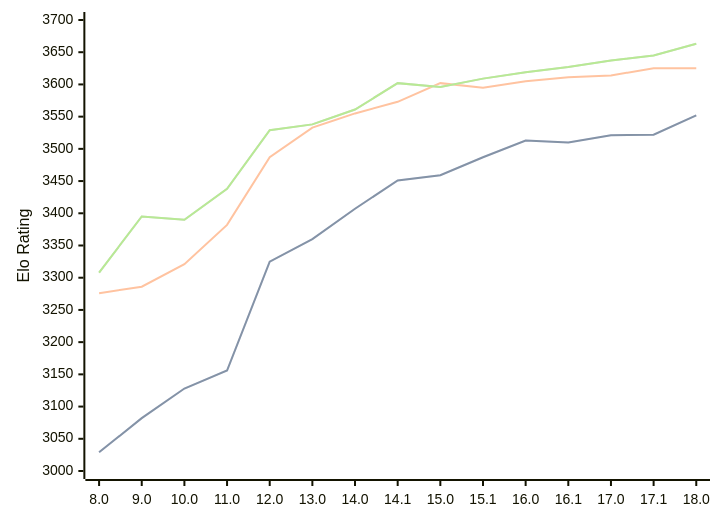
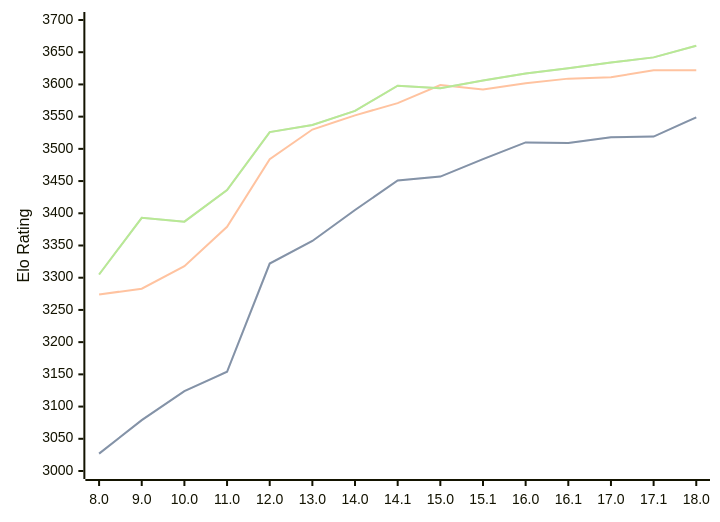
Before and after one commit to computer-chess-index/cci: the diagram in engines/Stockfish.md, drawn with Mermaid. The commit also changed other lines of this file, not shown here.

Commit message:
Update CCI Ratings (ELO VLTC) - 2026-03-10

````diff
--- a/engines/Stockfish.md
+++ b/engines/Stockfish.md
@@ -44,11 +44,11 @@
 ```mermaid
 %%{init: {"theme":"base","themeVariables":{"seriesColors:['#a3a3a3','#222221','#faa371']}}}%%
 xychart-beta
   x-axis ["8.0", "9.0", "10.0", "11.0", "12.0", "13.0", "14.0", "14.1", "15.0", "15.1", "16.0", "16.1", "17.0", "17.1", "18.0"]
   y-axis "Elo Rating" 3000 --> 3700
-  line "STC (8.0+0.08s)" [3029, 3082, 3128, 3156, 3325, 3360, 3407, 3451, 3459, 3487, 3513, 3510, 3521, 3522, 3552]
-  line "STC (8.0+0.08s)" [3029, 3082, 3128, 3156, 3325, 3360, 3407, 3451, 3459, 3487, 3513, 3510, 3521, 3522, 3552]
-  line "LTC (60.0+0.60s)" [3276, 3286, 3321, 3382, 3487, 3533, 3555, 3573, 3602, 3595, 3605, 3611, 3614, 3625, 3625]
-  line "VLTC (2m24s+1.12s)" [3308, 3395, 3390, 3438, 3529, 3538, 3561, 3602, 3596, 3609, 3619, 3627, 3637, 3645, 3663]
-  line "VLTC (2m24s+1.12s)" [3308, 3395, 3390, 3438, 3529, 3538, 3561, 3602, 3596, 3609, 3619, 3627, 3637, 3645, 3663]
+  line "STC (8.0+0.08s)" [3027, 3079, 3124, 3154, 3322, 3357, 3405, 3451, 3457, 3484, 3510, 3509, 3518, 3519, 3549]
+  line "STC (8.0+0.08s)" [3027, 3079, 3124, 3154, 3322, 3357, 3405, 3451, 3457, 3484, 3510, 3509, 3518, 3519, 3549]
+  line "LTC (60.0+0.60s)" [3274, 3283, 3318, 3379, 3484, 3530, 3552, 3571, 3599, 3592, 3602, 3609, 3611, 3622, 3622]
+  line "VLTC (2m24s+1.12s)" [3305, 3393, 3387, 3436, 3526, 3537, 3559, 3598, 3594, 3606, 3617, 3625, 3634, 3642, 3660]
+  line "VLTC (2m24s+1.12s)" [3305, 3393, 3387, 3436, 3526, 3537, 3559, 3598, 3594, 3606, 3617, 3625, 3634, 3642, 3660]
 ```
````
